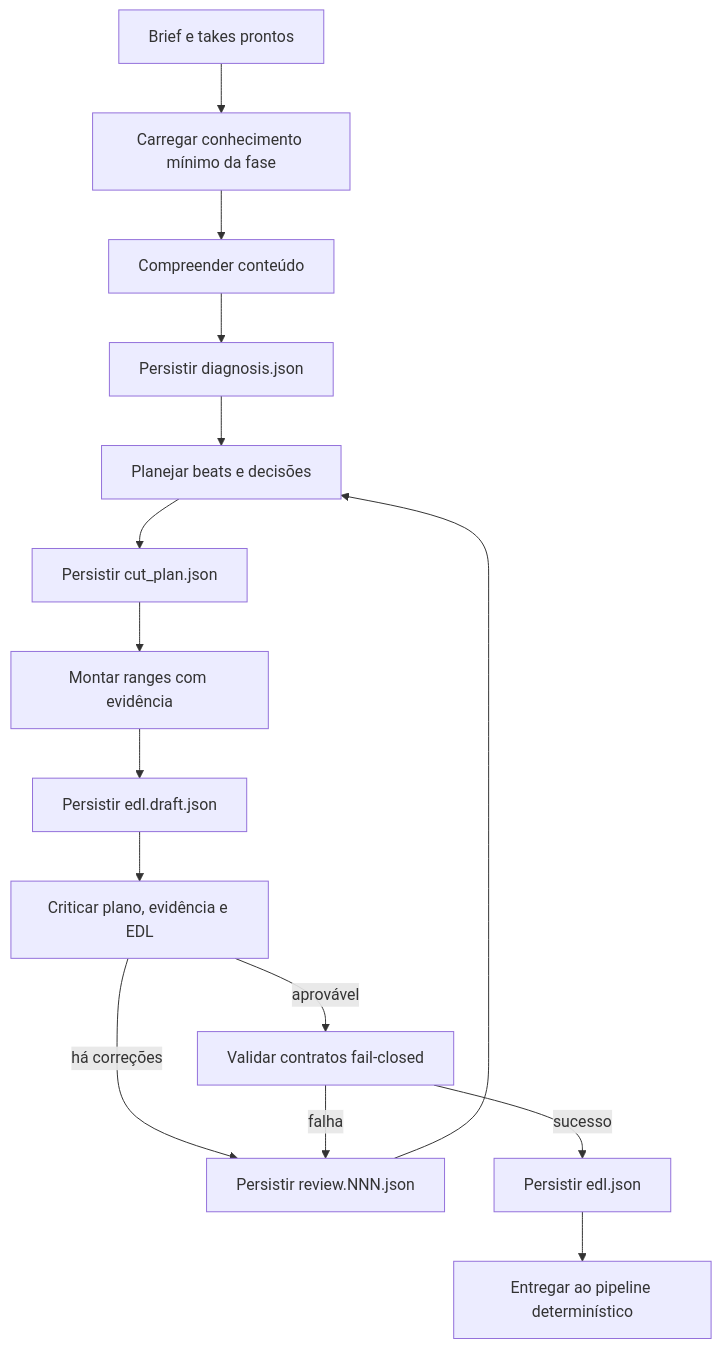
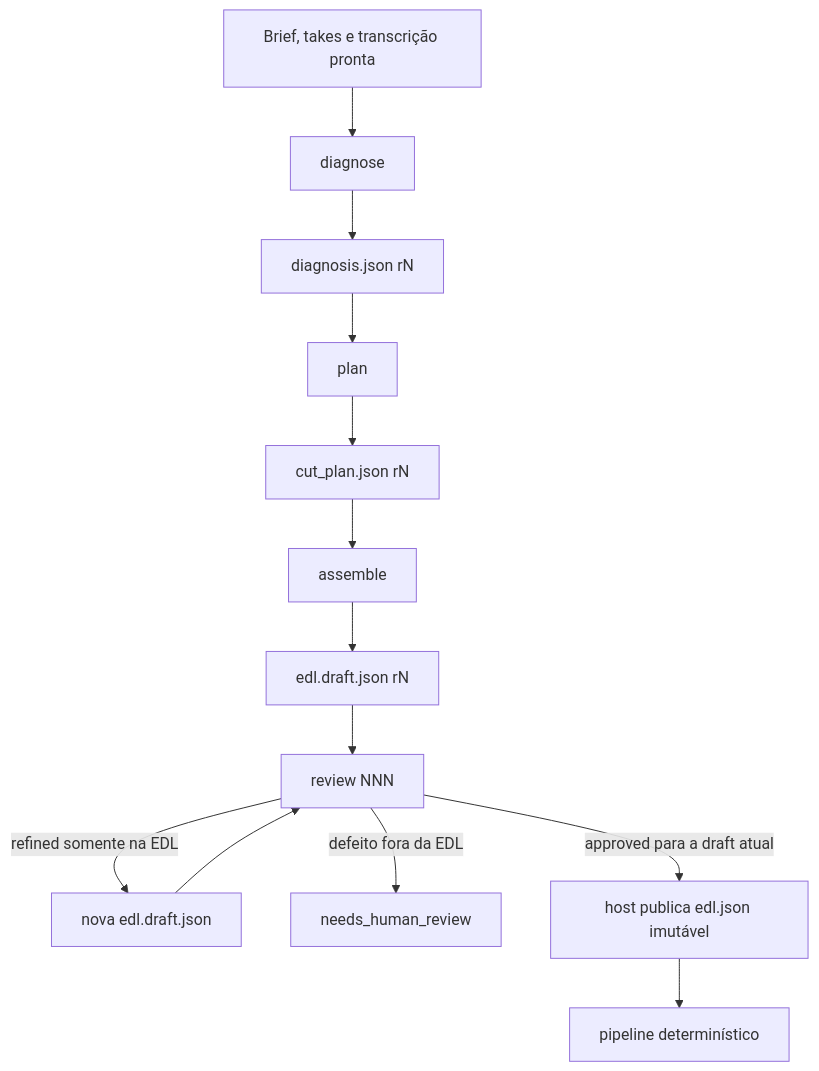
The first of 2 diagrams in docs/AGENTIC_LOOP_V0.6.0.md (moesuito/alano-rought-cut-ai), drawn with Mermaid before and after one commit. The commit also changed other lines of this file and 39 other files, not shown here.

````diff
--- a/docs/AGENTIC_LOOP_V0.6.0.md
+++ b/docs/AGENTIC_LOOP_V0.6.0.md
@@ -35,17 +33,15 @@
 ```mermaid
 flowchart TD
-    A["Brief e takes prontos"] --> B["Carregar conhecimento mínimo da fase"]
-    B --> C["Compreender conteúdo"]
-    C --> D["Persistir diagnosis.json"]
-    D --> E["Planejar beats e decisões"]
-    E --> F["Persistir cut_plan.json"]
-    F --> G["Montar ranges com evidência"]
-    G --> H["Persistir edl.draft.json"]
-    H --> I["Criticar plano, evidência e EDL"]
-    I -->|"há correções"| J["Persistir review.NNN.json"]
-    J --> E
-    I -->|"aprovável"| K["Validar contratos fail-closed"]
-    K -->|"falha"| J
-    K -->|"sucesso"| L["Persistir edl.json"]
-    L --> M["Entregar ao pipeline determinístico"]
+    inputs["Brief, takes e transcrição pronta"] --> diagnose["diagnose"]
+    diagnose --> diagnosis["diagnosis.json rN"]
+    diagnosis --> plan["plan"]
+    plan --> cutplan["cut_plan.json rN"]
+    cutplan --> assemble["assemble"]
+    assemble --> draft["edl.draft.json rN"]
+    draft --> review["review NNN"]
+    review -->|"refined somente na EDL"| nextdraft["nova edl.draft.json"]
+    nextdraft --> review
+    review -->|"defeito fora da EDL"| human["needs_human_review"]
+    review -->|"approved para a draft atual"| final["host publica edl.json imutável"]
+    final --> deterministic["pipeline determinístico"]
 ```
````
